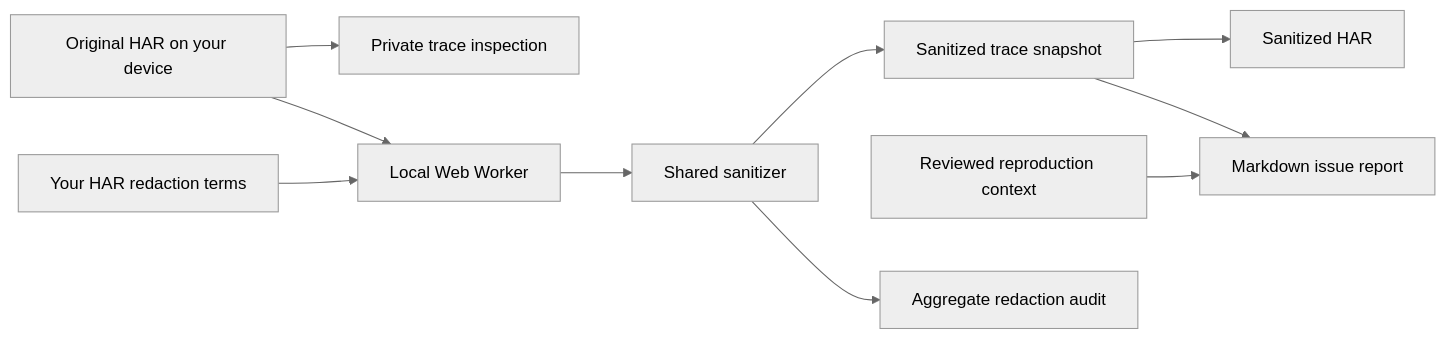
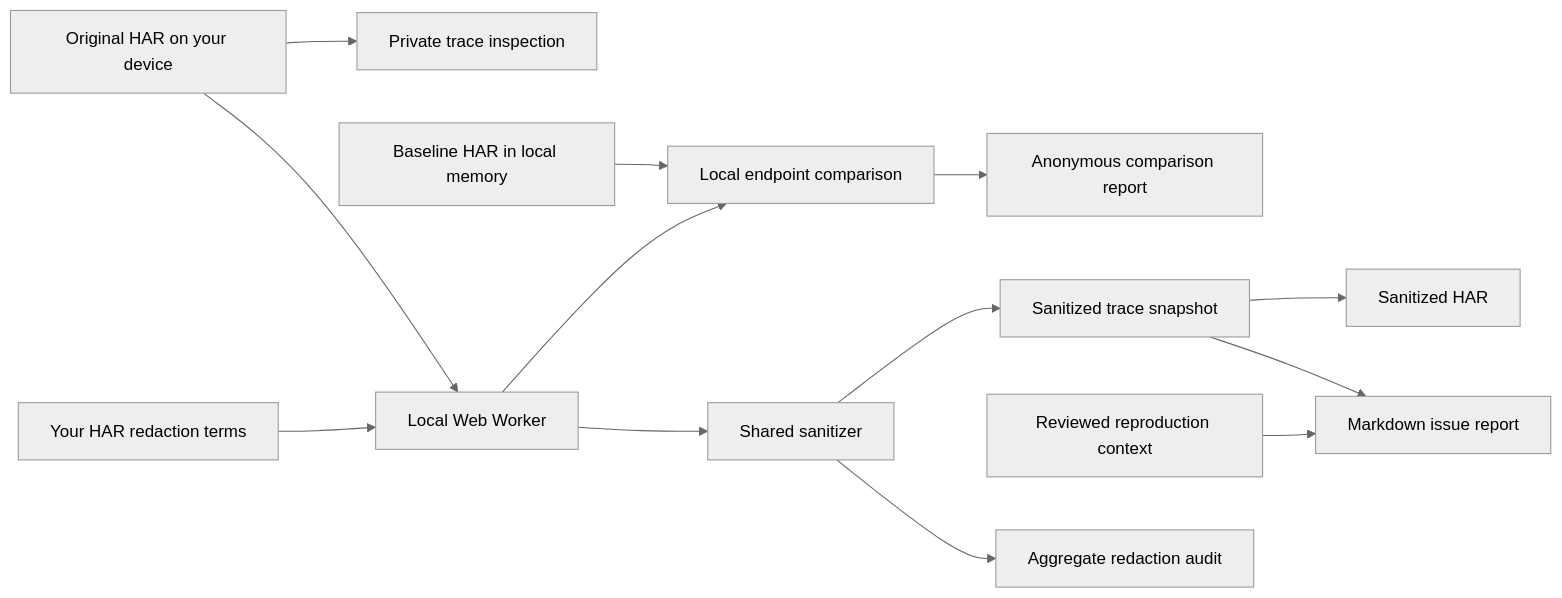
One commit to qsxustc/tracetidy changed the diagram in README.md. Above: the diagram before and after it, drawn with Mermaid (neutral theme). The commit also changed other lines of this file and 20 other files, not shown here.

````diff
--- a/README.md
+++ b/README.md
@@ -111,12 +129,15 @@
 ```mermaid
 flowchart LR
   HAR["Original HAR on your device"] --> Inspect["Private trace inspection"]
   HAR --> Worker["Local Web Worker"]
   Terms["Your HAR redaction terms"] --> Worker
   Worker --> Core["Shared sanitizer"]
+  Baseline["Baseline HAR in local memory"] --> Comparison["Local endpoint comparison"]
+  Worker --> Comparison
+  Comparison --> ComparisonReport["Anonymous comparison report"]
   Core --> Snapshot["Sanitized trace snapshot"]
   Snapshot --> Safe["Sanitized HAR"]
   Snapshot --> Report["Markdown issue report"]
   Author["Reviewed reproduction context"] --> Report
   Core --> Audit["Aggregate redaction audit"]
 ```
````
